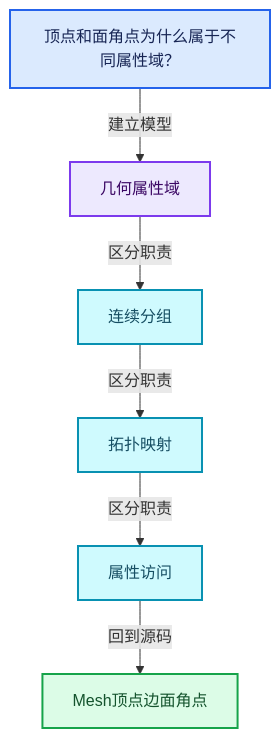
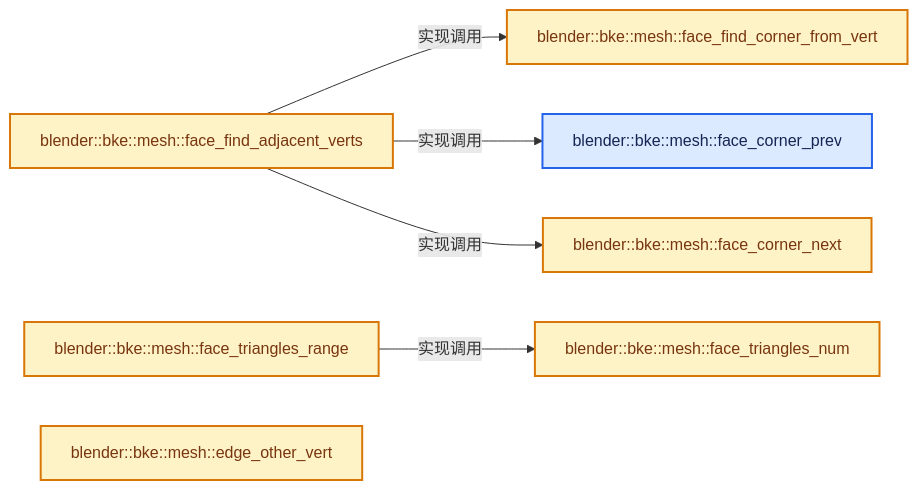
Before and after one commit to yunkezengren/blender-.vscode: the second of 4 diagrams in 杂/markdown/全面学习-codex/05-几何存储与拓扑映射/01-Mesh顶点边面角点.md, drawn with Mermaid. The commit also changed other lines of this file and 1930 other files, not shown here.

````diff
--- a/杂/markdown/全面学习-codex/05-几何存储与拓扑映射/01-Mesh顶点边面角点.md
+++ b/杂/markdown/全面学习-codex/05-几何存储与拓扑映射/01-Mesh顶点边面角点.md
@@ -58,20 +46,20 @@
 ```mermaid
-flowchart TB
-  Q["顶点和面角点为什么属于不同属性域？"]:::input
-  C0["几何属性域"]:::abstraction
-  C1["连续分组"]:::data
-  C2["拓扑映射"]:::data
-  C3["属性访问"]:::data
-  R["Mesh顶点边面角点"]:::result
-  Q -->|"建立模型"| C0
-  C0 -->|"区分职责"| C1
-  C1 -->|"区分职责"| C2
-  C2 -->|"区分职责"| C3
-  C3 -->|"回到源码"| R
+flowchart LR
+  F0["blender::bke::mesh::face_corner_prev"]:::input
+  F1["blender::bke::mesh::face_corner_next"]:::compute
+  F2["blender::bke::mesh::face_find_corner_from_vert"]:::compute
+  F3["blender::bke::mesh::face_find_adjacent_verts"]:::compute
+  F4["blender::bke::mesh::face_triangles_num"]:::compute
+  F5["blender::bke::mesh::face_triangles_range"]:::compute
+  F6["blender::bke::mesh::edge_other_vert"]:::compute
+  F3 -->|"实现调用"| F2
+  F3 -->|"实现调用"| F0
+  F3 -->|"实现调用"| F1
+  F5 -->|"实现调用"| F4
   classDef input fill:#DBEAFE,stroke:#2563EB,color:#172554,stroke-width:2px;
   classDef data fill:#CFFAFE,stroke:#0891B2,color:#164E63,stroke-width:2px;
   classDef abstraction fill:#EDE9FE,stroke:#7C3AED,color:#3B0764,stroke-width:2px;
   classDef compute fill:#FEF3C7,stroke:#D97706,color:#78350F,stroke-width:2px;
   classDef result fill:#DCFCE7,stroke:#16A34A,color:#14532D,stroke-width:2px;
   classDef error fill:#FEE2E2,stroke:#DC2626,color:#7F1D1D,stroke-width:2px;
 ```
````
